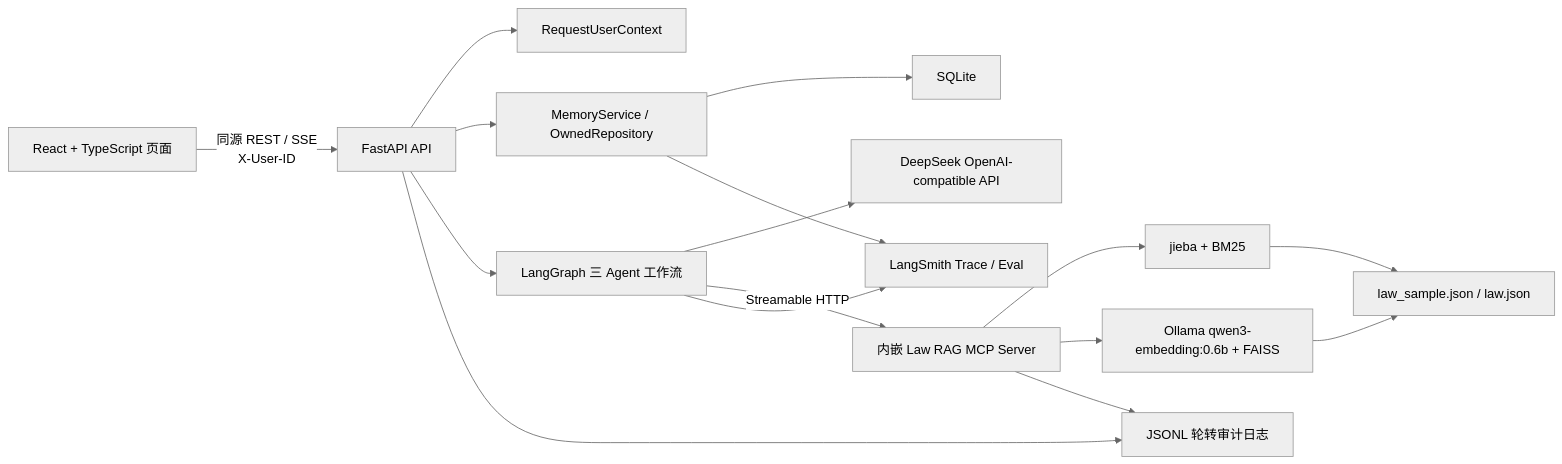
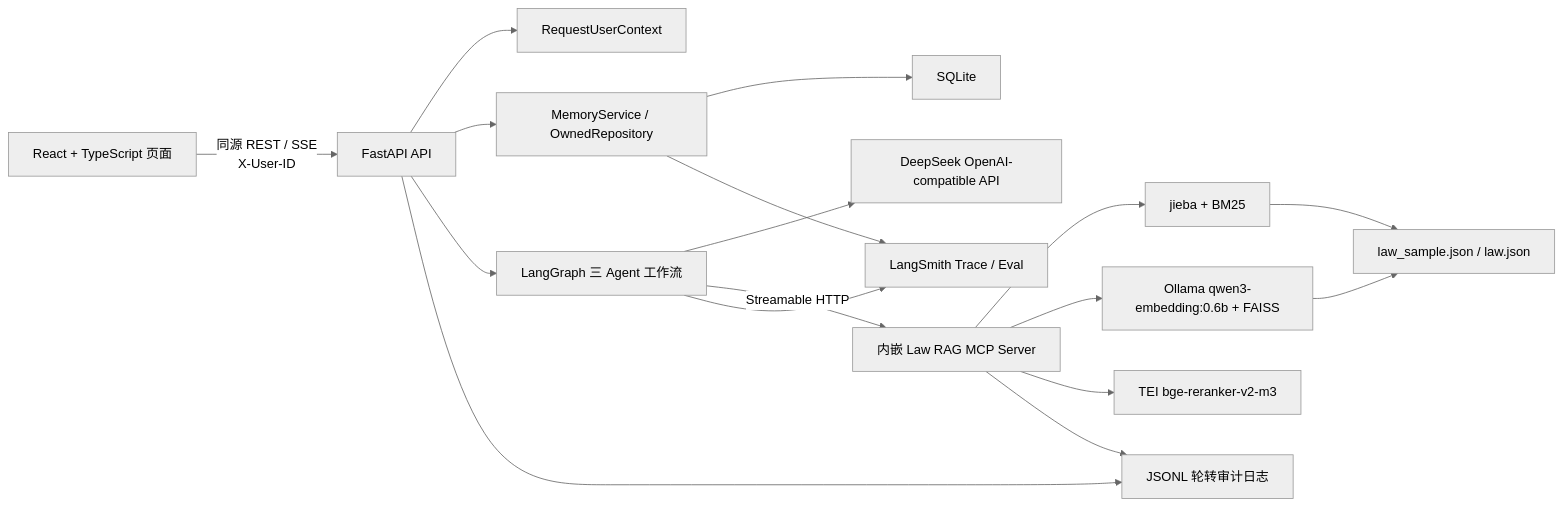
One commit to Vinn7/LawStation changed the diagram in ai-context/SPEC.md. Above: the diagram before and after it, drawn with Mermaid (neutral theme). The commit also changed other lines of this file and 49 other files, not shown here.

````diff
--- a/ai-context/SPEC.md
+++ b/ai-context/SPEC.md
@@ -38,18 +38,19 @@
 ```mermaid
 flowchart LR
     UI["React + TypeScript 页面"] -->|"同源 REST / SSE<br/>X-User-ID"| API["FastAPI API"]
     API --> CTX["RequestUserContext"]
     API --> MEM["MemoryService / OwnedRepository"]
     API --> AGENT["LangGraph 三 Agent 工作流"]
     MEM --> DB["SQLite"]
     AGENT --> LLM["DeepSeek OpenAI-compatible API"]
     AGENT -->|"Streamable HTTP"| MCP["内嵌 Law RAG MCP Server"]
     MCP --> BM25["jieba + BM25"]
     MCP --> DENSE["Ollama qwen3-embedding:0.6b + FAISS"]
+    MCP --> RERANK["TEI bge-reranker-v2-m3"]
     BM25 --> LAW["law_sample.json / law.json"]
     DENSE --> LAW
     API --> LOG["JSONL 轮转审计日志"]
     MCP --> LOG
     AGENT --> OBS["LangSmith Trace / Eval"]
     MEM --> OBS
 ```
````
